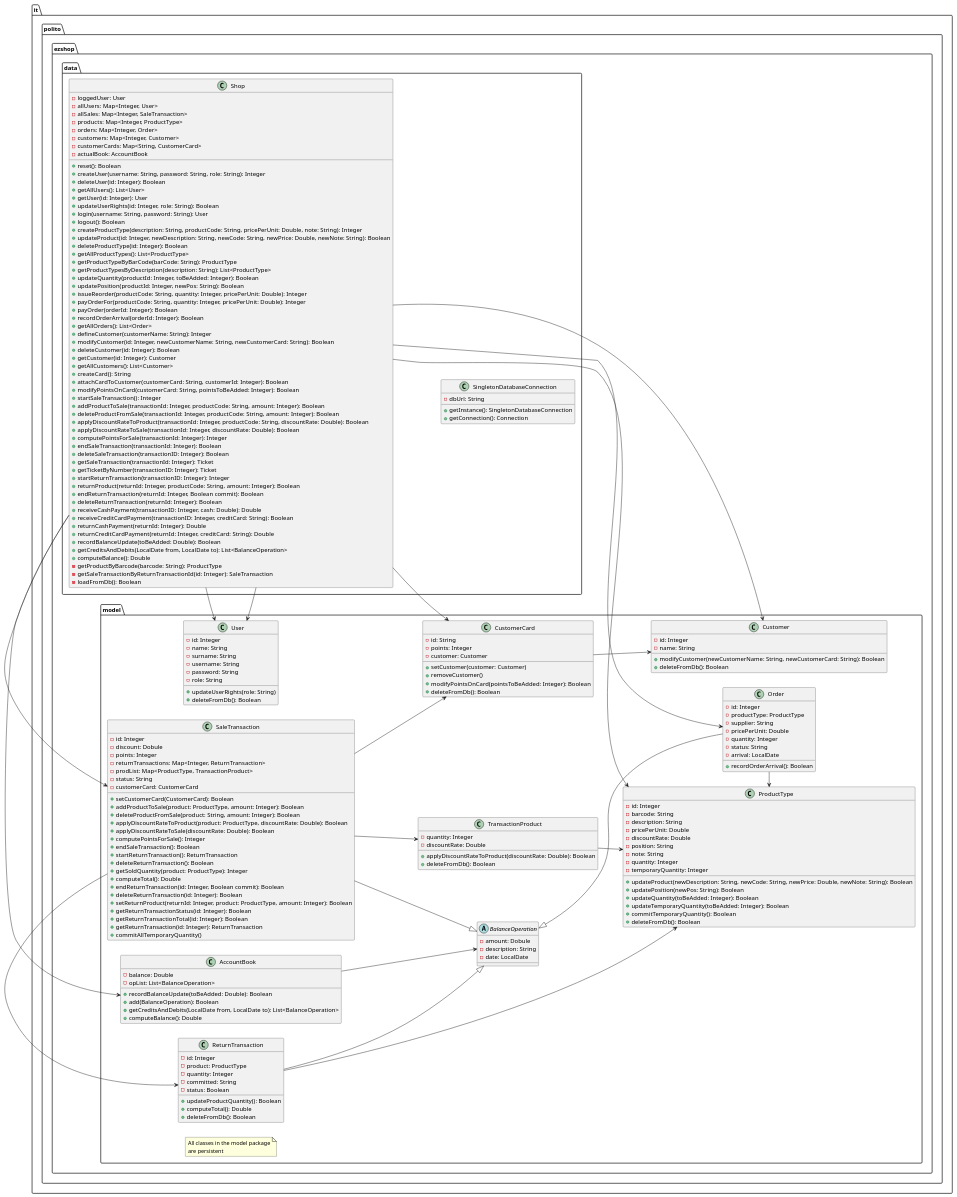
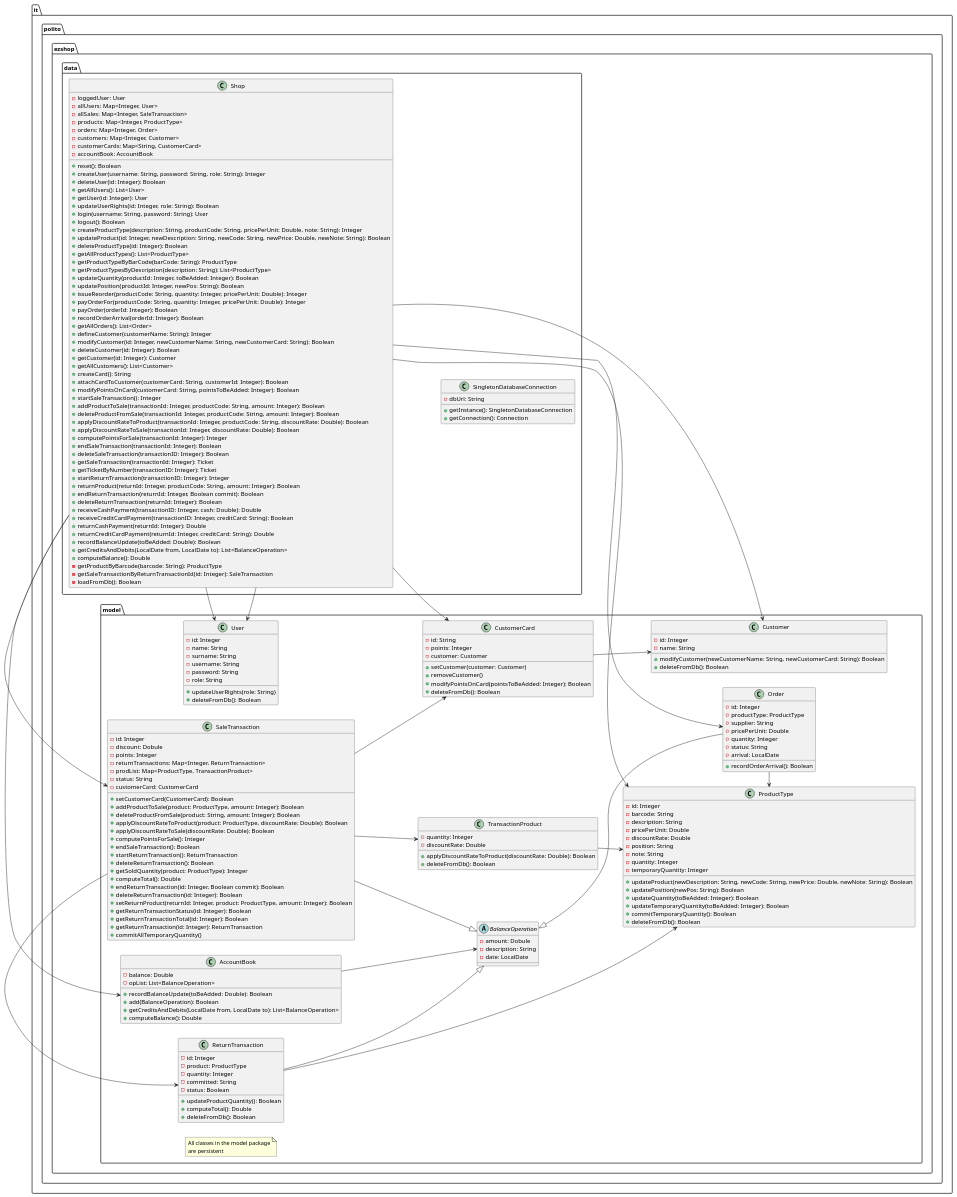
Before and after one commit to MatteoBattilana/EzShop: the second of 6 diagrams in Deliverables/DesignDocument.md, drawn with PlantUML.

Commit message:
docs: fixed type

```diff
--- a/Deliverables/DesignDocument.md
+++ b/Deliverables/DesignDocument.md
@@ -66,7 +66,7 @@
     - orders: Map<Integer, Order>
     - customers: Map<Integer, Customer>
     - customerCards: Map<String, CustomerCard>
-    - actualBook: AccountBook
+    - accountBook: AccountBook
     + reset(): Boolean
 + createUser(username: String, password: String, role: String): Integer
 + deleteUser(id: Integer): Boolean
```
